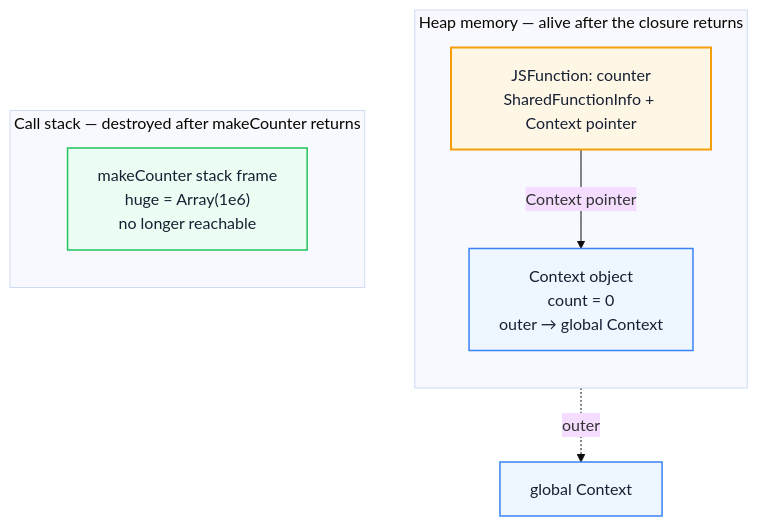
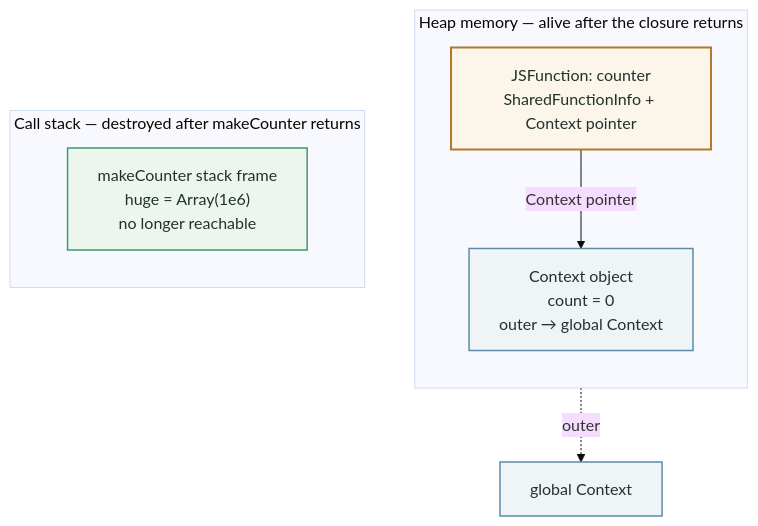
One commit to Fatejian/frontier-vault changed the third of 3 diagrams in docs/en/javascript/execution-context-closure.md. Above: the diagram before and after it, drawn with Mermaid (base theme). The commit also changed other lines of this file and 63 other files, not shown here.

````diff
--- a/docs/en/javascript/execution-context-closure.md
+++ b/docs/en/javascript/execution-context-closure.md
@@ -288,23 +288,23 @@
 ```mermaid
 flowchart TB
     subgraph Heap["Heap memory — alive after the closure returns"]
         direction TB
         FN["JSFunction: counter<br/>SharedFunctionInfo + Context pointer"]
         CTX["Context object<br/>count = 0<br/>outer → global Context"]
         FN -- "Context pointer" --> CTX
     end
 
     subgraph Stack["Call stack — destroyed after makeCounter returns"]
         direction TB
         FR["makeCounter stack frame<br/>huge = Array(1e6)<br/>no longer reachable"]
     end
 
     CTX -. "outer" .-> GCTX["global Context"]
 
-    classDef block fill:#FFF7E6,stroke:#F59E0B,color:#172033,stroke-width:2px;
-    classDef wait fill:#EEF6FF,stroke:#3B82F6,color:#172033,stroke-width:1.5px;
-    classDef work fill:#ECFDF3,stroke:#22C55E,color:#172033,stroke-width:1.5px;
+    classDef block fill:#FBF5EA,stroke:#B27B2C,color:#22322B,stroke-width:2px;
+    classDef wait fill:#EFF5F7,stroke:#5B8CA8,color:#22322B,stroke-width:1.5px;
+    classDef work fill:#EDF5EF,stroke:#3E9B6B,color:#22322B,stroke-width:1.5px;
     class FN block;
     class CTX,GCTX wait;
     class FR work;
 ```
````
